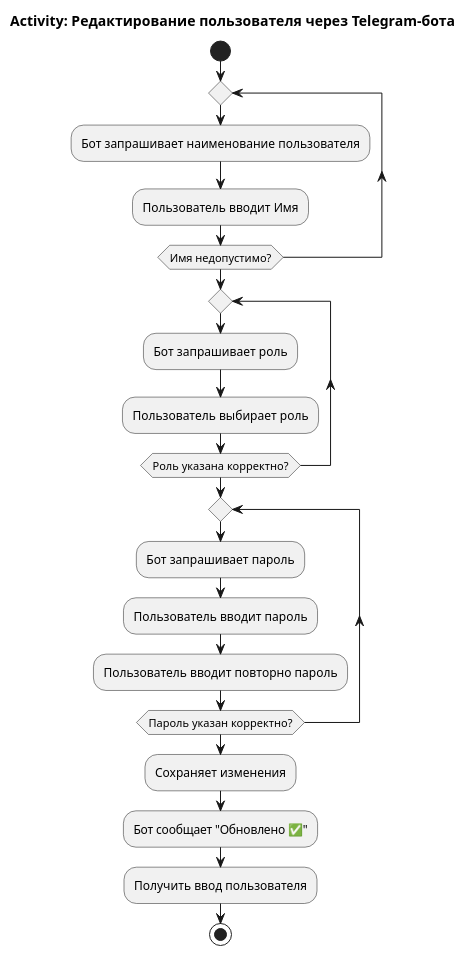
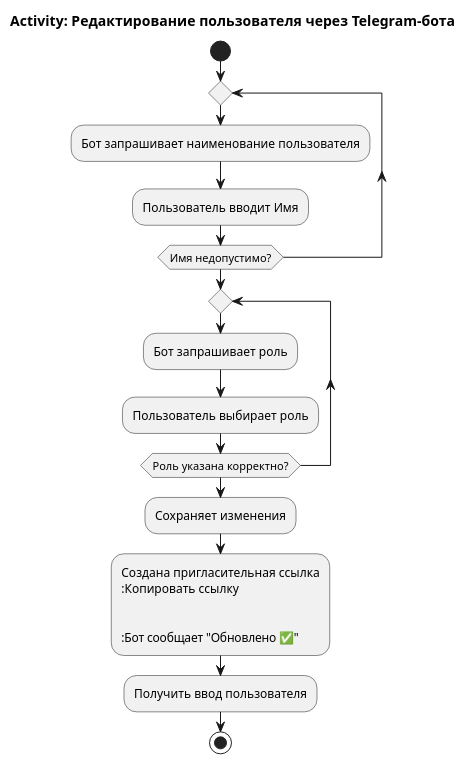
Before and after one commit to MaratDevOps/VPNManagerDoc: the diagram in ActivityDiagramSettingUser.plantuml, drawn with PlantUML.

Commit message:
удалил запрос пароля

```diff
--- a/ActivityDiagramSettingUser.plantuml
+++ b/ActivityDiagramSettingUser.plantuml
@@ -1,33 +1,27 @@
 @startuml Activity_setting_user
 title Activity: Редактирование пользователя через Telegram-бота
 /'переименовать в создание пользователя'/
 start
 
 /':Админ вводит /edit_user;'/
 repeat
 :Бот запрашивает наименование пользователя;
 /':имя внутри нашей системы ;'/
 :Пользователь вводит Имя;
 repeat while (Имя недопустимо?)
 
 repeat
 :Бот запрашивает роль;
 :Пользователь выбирает роль;
 /':администратор пользователь ;'/
 repeat while (Роль указана корректно?)
+:Сохраняет изменения;
+:Создана пригласительная ссылка
+:Копировать ссылку
 
-repeat
-:Бот запрашивает пароль;
-:Пользователь вводит пароль;
-:Пользователь вводит повторно пароль;
-repeat while (Пароль указан корректно?)
-
-
-
-:Сохраняет изменения;
 
 :Бот сообщает "Обновлено ✅";
 :Получить ввод пользователя;
 
 stop
 @enduml
```
